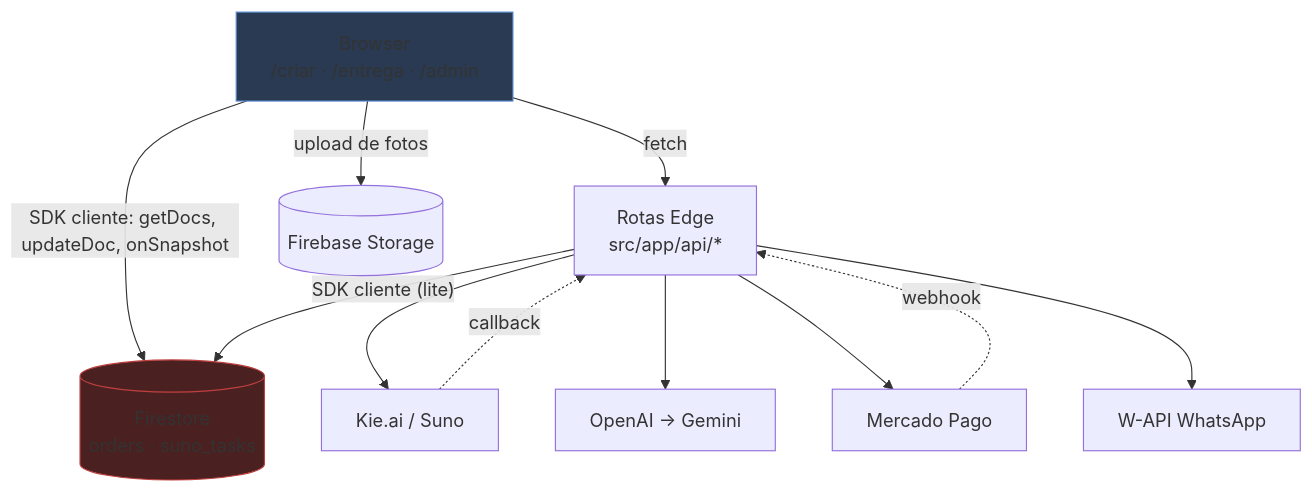
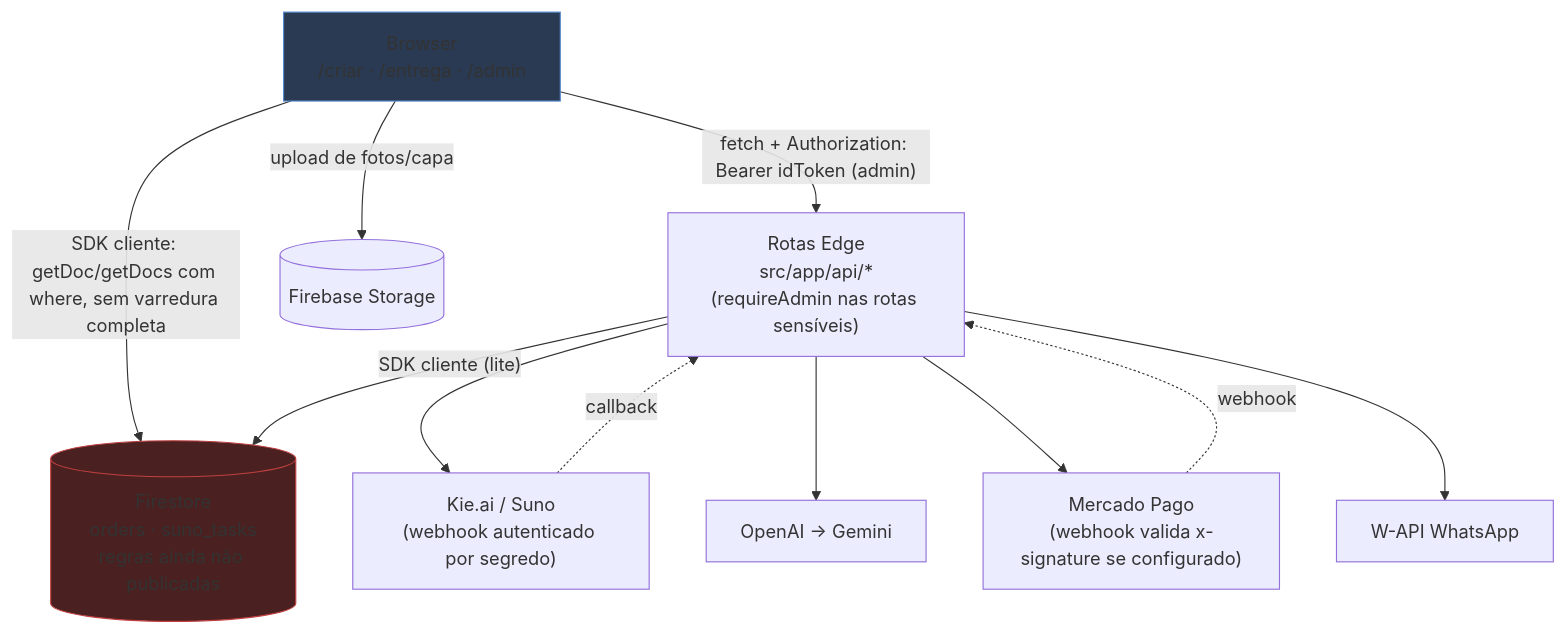
The diagram in docs/ARCHITECTURE.md (nsnexus/nsmusic-), drawn with Mermaid before and after one commit. The commit also changed other lines of this file and 11 other files, not shown here.

````diff
--- a/docs/ARCHITECTURE.md
+++ b/docs/ARCHITECTURE.md
@@ -17,23 +21,23 @@
 ```mermaid
 graph TD
     B["Browser<br/>/criar · /entrega · /admin"]
-    E["Rotas Edge<br/>src/app/api/*"]
-    FS[("Firestore<br/>orders · suno_tasks")]
+    E["Rotas Edge<br/>src/app/api/*<br/>(requireAdmin nas rotas sensíveis)"]
+    FS[("Firestore<br/>orders · suno_tasks<br/>regras ainda não publicadas")]
     ST[("Firebase Storage")]
 
-    B -->|"fetch"| E
-    B -->|"SDK cliente: getDocs, updateDoc, onSnapshot"| FS
-    B -->|"upload de fotos"| ST
+    B -->|"fetch + Authorization: Bearer idToken (admin)"| E
+    B -->|"SDK cliente: getDoc/getDocs com where, sem varredura completa"| FS
+    B -->|"upload de fotos/capa"| ST
     E -->|"SDK cliente (lite)"| FS
 
-    E --> KIE["Kie.ai / Suno"]
+    E --> KIE["Kie.ai / Suno<br/>(webhook autenticado por segredo)"]
     E --> AI["OpenAI → Gemini"]
-    E --> MP["Mercado Pago"]
+    E --> MP["Mercado Pago<br/>(webhook valida x-signature se configurado)"]
     E --> WA["W-API WhatsApp"]
 
     KIE -.->|"callback"| E
     MP -.->|"webhook"| E
 
     style FS fill:#4a2020,stroke:#c04040
     style B fill:#2a3a52,stroke:#5588cc
 ```
````
